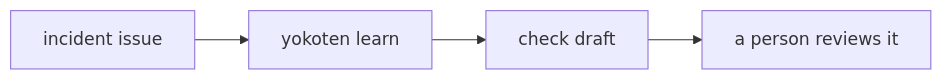
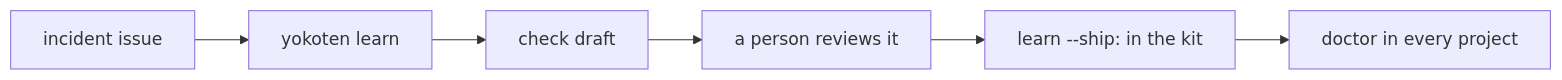
The third of 3 diagrams in docs/guide.md (coo1white/yokoten), drawn with Mermaid before and after one commit. The commit also changed other lines of this file and 14 other files, not shown here.

First line of the commit message:
feat(kit): ship reviewed lessons and report them in doctor

````diff
--- a/docs/guide.md
+++ b/docs/guide.md
@@ -451,6 +451,8 @@
 ```mermaid
 flowchart LR
   A[incident issue] --> B[yokoten learn]
   B --> C[check draft]
   C --> D[a person reviews it]
+  D --> E[learn --ship: in the kit]
+  E --> F[doctor in every project]
 ```
````
